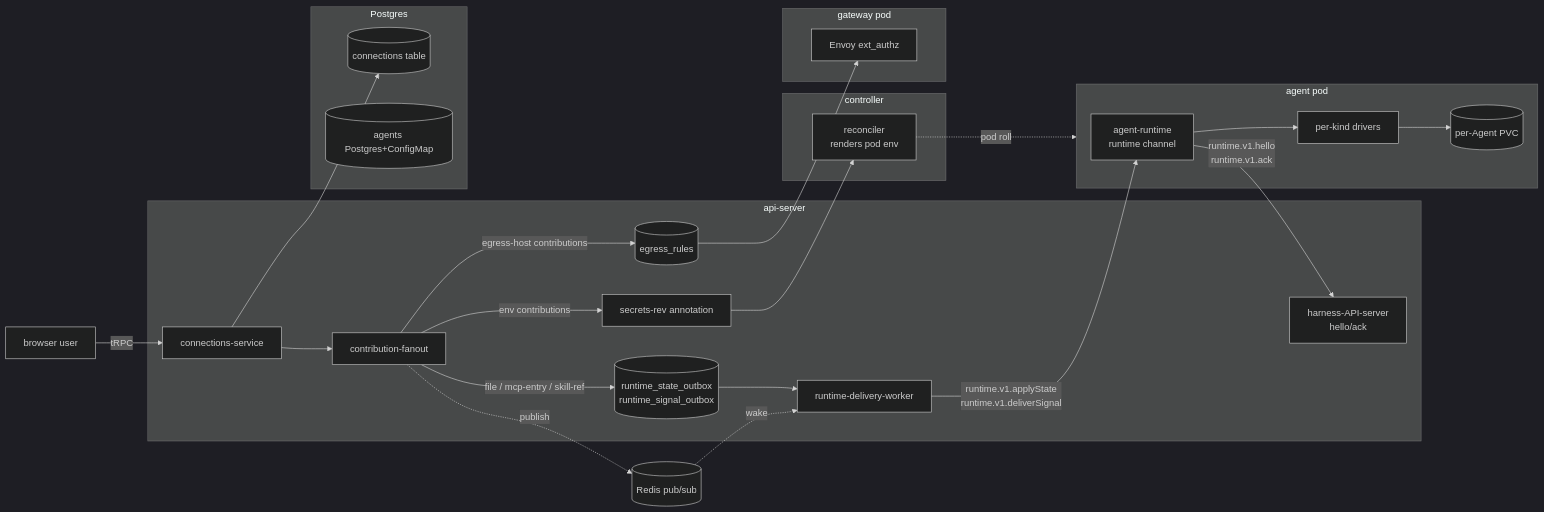
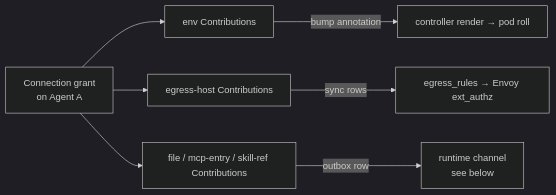
Before and after one commit to dam-agents/dam: the first of 5 diagrams in docs/architecture/connections.md, drawn with Mermaid (dark theme). The commit also changed other lines of this file, not shown here.

Commit message:
docs(architecture): simplify connections-page topology diagrams
The original topology was 6 subgraphs + 15 cross-edges — past the point where
mermaid auto-layout produces readable output. Split into two focused diagrams
and collapse the mutation sequence:

- Fan-out diagram (4 nodes) — one grant, three rails (env / egress-host /
  runtime-channel-kinds). Shows what travels where, nothing else.
- Runtime channel topology (5 nodes, linear) — outbox → worker → agent
  + drivers + hello/ack callback. Shows the substrate.
- Mutation sequence collapsed from 7 to 5 participants (Redis folded into
  the wake-message label; drivers folded into agent-runtime).

The other two diagrams (hello sequence at 3 participants, worker-loop TD
flowchart at 9 nodes) were already at a manageable density.

````diff
--- a/docs/architecture/connections.md
+++ b/docs/architecture/connections.md
@@ -24,53 +26,11 @@
 ```mermaid
 flowchart LR
-  user[browser user]
+  grant[Connection grant<br/>on Agent A]
+  grant --> env-rail[env Contributions]
+  grant --> host-rail[egress-host Contributions]
+  grant --> rt-rail[file / mcp-entry / skill-ref Contributions]
 
-  subgraph apiserver[api-server]
-    conn[connections-service]
-    fanout[contribution-fanout]
-    outbox[(runtime_state_outbox<br/>runtime_signal_outbox)]
-    worker[runtime-delivery-worker]
-    harness-srv[harness-API-server<br/>hello/ack]
-    egress-rules[(egress_rules)]
-    secrets-rev["secrets-rev annotation"]
-  end
-
-  subgraph postgres[Postgres]
-    connections[(connections table)]
-    agents-cm[(agents Postgres+ConfigMap)]
-  end
-
-  redis[(Redis pub/sub)]
-
-  subgraph controllerpod[controller]
-    reconciler[reconciler<br/>renders pod env]
-  end
-
-  subgraph gatewaypod[gateway pod]
-    envoy[Envoy ext_authz]
-  end
-
-  subgraph agentpod[agent pod]
-    rt[agent-runtime<br/>runtime channel]
-    drivers[per-kind drivers]
-    pvc[(per-Agent PVC)]
-  end
-
-  user -->|tRPC| conn
-  conn --> connections
-  conn --> fanout
-  fanout -->|env contributions| secrets-rev
-  fanout -->|egress-host contributions| egress-rules
-  fanout -->|file / mcp-entry / skill-ref| outbox
-  fanout -.publish.-> redis
-  secrets-rev --> reconciler
-  reconciler -.pod roll.-> agentpod
-  egress-rules --> envoy
-
-  outbox --> worker
-  redis -.wake.-> worker
-  worker -->|runtime.v1.applyState<br/>runtime.v1.deliverSignal| rt
-  rt --> drivers
-  drivers --> pvc
-  rt -->|runtime.v1.hello<br/>runtime.v1.ack| harness-srv
+  env-rail -->|bump annotation| controller[controller render → pod roll]
+  host-rail -->|sync rows| envoy[egress_rules → Envoy ext_authz]
+  rt-rail -->|outbox row| channel[runtime channel<br/>see below]
 ```
````
